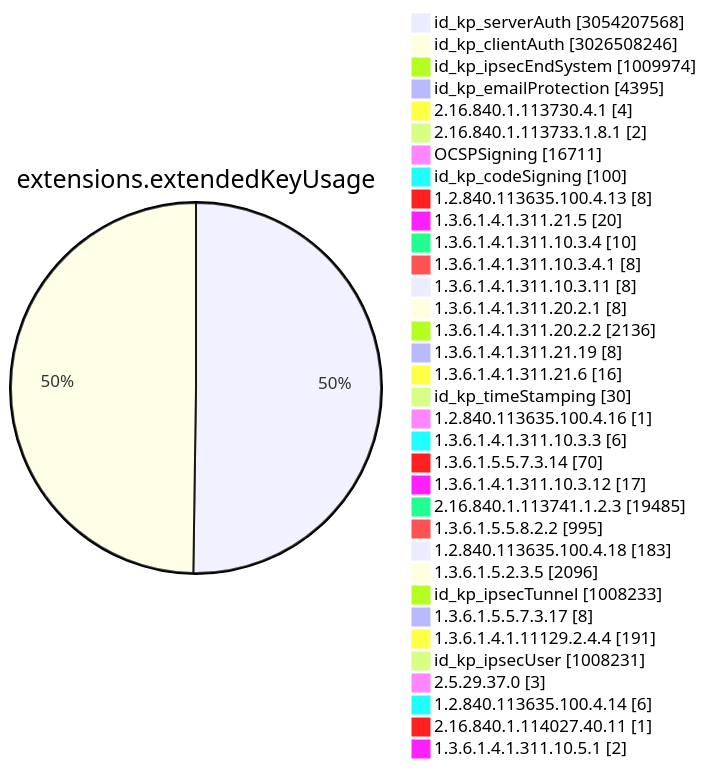
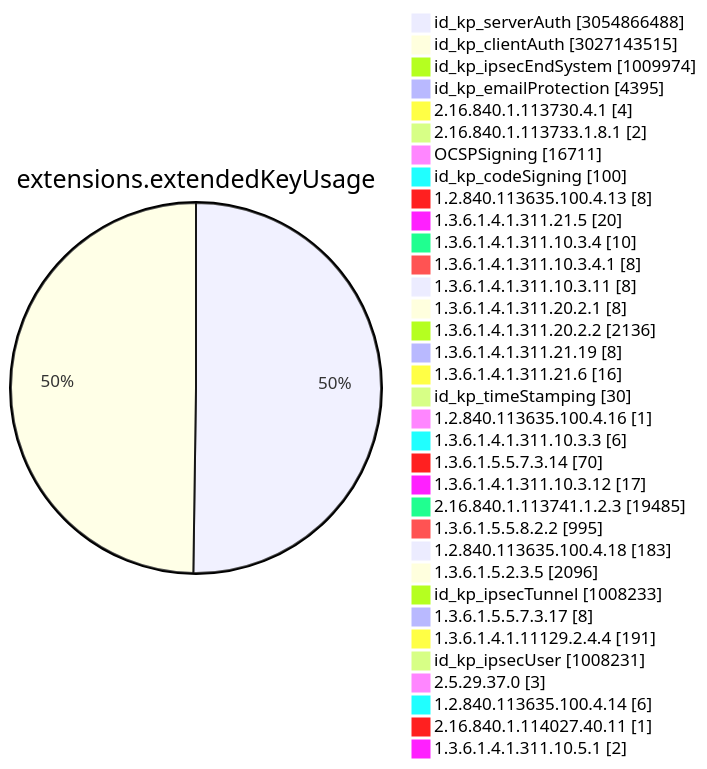
Diagram 11 of 15 in TOTAL/README.md (christiankrug/ctmonitor_visualization), drawn with Mermaid before and after one commit. The commit also changed other lines of this file, not shown here.

````diff
--- a/TOTAL/README.md
+++ b/TOTAL/README.md
@@ -4118,38 +4118,38 @@
 ```mermaid
 pie showData
 title extensions.extendedKeyUsage
-"id_kp_serverAuth" :3054207568
-"id_kp_clientAuth" :3026508246
+"id_kp_serverAuth" :3054866488
+"id_kp_clientAuth" :3027143515
 "id_kp_ipsecEndSystem" :1009974
 "id_kp_emailProtection" :4395
 "2.16.840.1.113730.4.1" :4
 "2.16.840.1.113733.1.8.1" :2
 "OCSPSigning" :16711
 "id_kp_codeSigning" :100
 "1.2.840.113635.100.4.13" :8
 "1.3.6.1.4.1.311.21.5" :20
 "1.3.6.1.4.1.311.10.3.4" :10
 "1.3.6.1.4.1.311.10.3.4.1" :8
 "1.3.6.1.4.1.311.10.3.11" :8
 "1.3.6.1.4.1.311.20.2.1" :8
 "1.3.6.1.4.1.311.20.2.2" :2136
 "1.3.6.1.4.1.311.21.19" :8
 "1.3.6.1.4.1.311.21.6" :16
 "id_kp_timeStamping" :30
 "1.2.840.113635.100.4.16" :1
 "1.3.6.1.4.1.311.10.3.3" :6
 "1.3.6.1.5.5.7.3.14" :70
 "1.3.6.1.4.1.311.10.3.12" :17
 "2.16.840.1.113741.1.2.3" :19485
 "1.3.6.1.5.5.8.2.2" :995
 "1.2.840.113635.100.4.18" :183
 "1.3.6.1.5.2.3.5" :2096
 "id_kp_ipsecTunnel" :1008233
 "1.3.6.1.5.5.7.3.17" :8
 "1.3.6.1.4.1.11129.2.4.4" :191
 "id_kp_ipsecUser" :1008231
 "2.5.29.37.0" :3
 "1.2.840.113635.100.4.14" :6
 "2.16.840.1.114027.40.11" :1
 "1.3.6.1.4.1.311.10.5.1" :2
 ```
````
